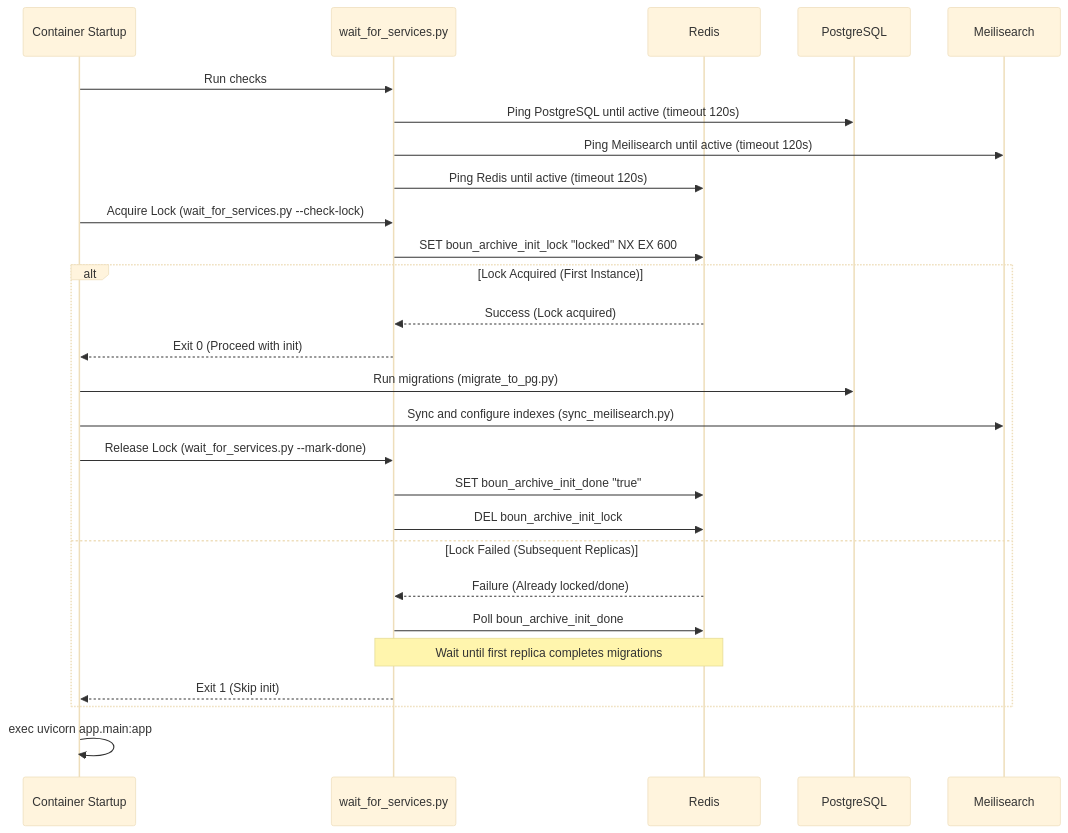
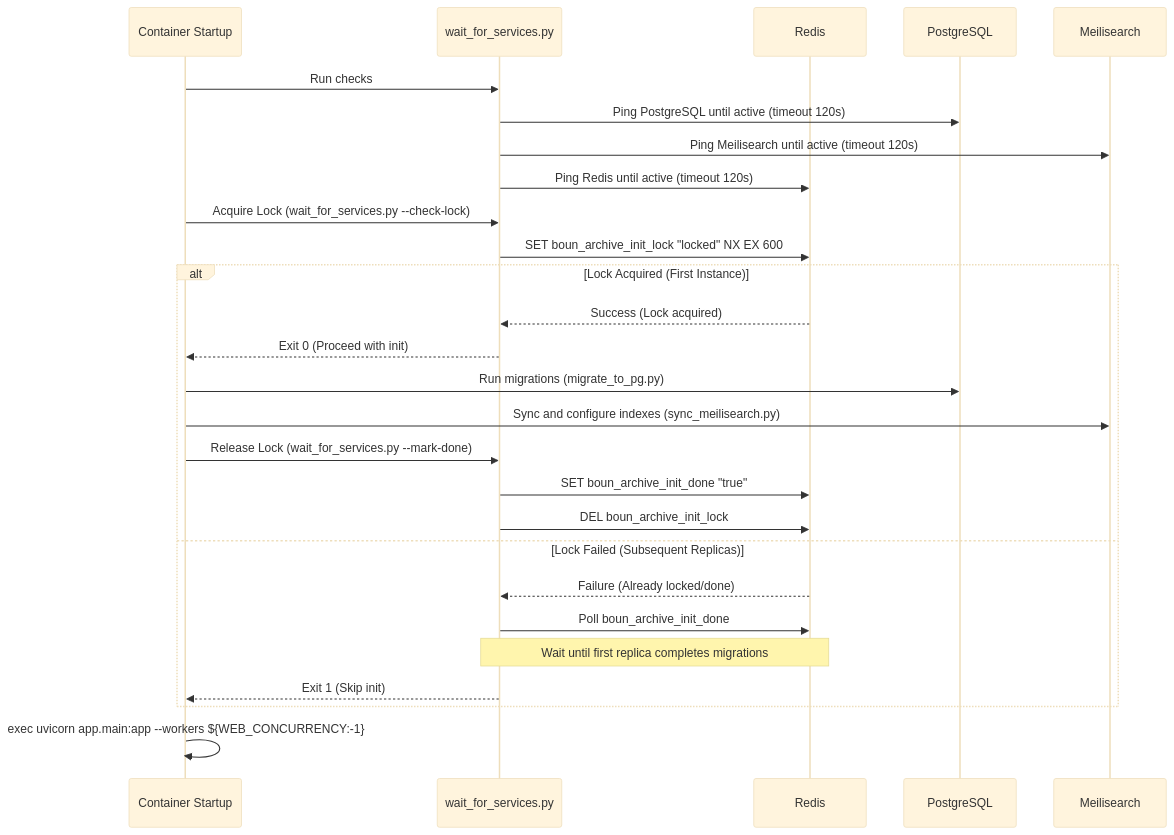
Before and after one commit to fusuycorp/boun-archive: the third of 3 diagrams in README.md, drawn with Mermaid (base theme). The commit also changed other lines of this file and 22 other files, not shown here.

````diff
--- a/README.md
+++ b/README.md
@@ -120,33 +120,33 @@
 ```mermaid
 sequenceDiagram
     participant C as Container Startup
     participant W as wait_for_services.py
     participant R as Redis
     participant DB as PostgreSQL
     participant M as Meilisearch
 
     C->>W: Run checks
     W->>DB: Ping PostgreSQL until active (timeout 120s)
     W->>M: Ping Meilisearch until active (timeout 120s)
     W->>R: Ping Redis until active (timeout 120s)
     
     C->>W: Acquire Lock (wait_for_services.py --check-lock)
     W->>R: SET boun_archive_init_lock "locked" NX EX 600
     
     alt Lock Acquired (First Instance)
         R-->>W: Success (Lock acquired)
         W-->>C: Exit 0 (Proceed with init)
         C->>DB: Run migrations (migrate_to_pg.py)
         C->>M: Sync and configure indexes (sync_meilisearch.py)
         C->>W: Release Lock (wait_for_services.py --mark-done)
         W->>R: SET boun_archive_init_done "true"
         W->>R: DEL boun_archive_init_lock
     else Lock Failed (Subsequent Replicas)
         R-->>W: Failure (Already locked/done)
         W->>R: Poll boun_archive_init_done
         Note over W,R: Wait until first replica completes migrations
         W-->>C: Exit 1 (Skip init)
     end
     
-    C->>C: exec uvicorn app.main:app
+    C->>C: exec uvicorn app.main:app --workers ${WEB_CONCURRENCY:-1}
 ```
````
